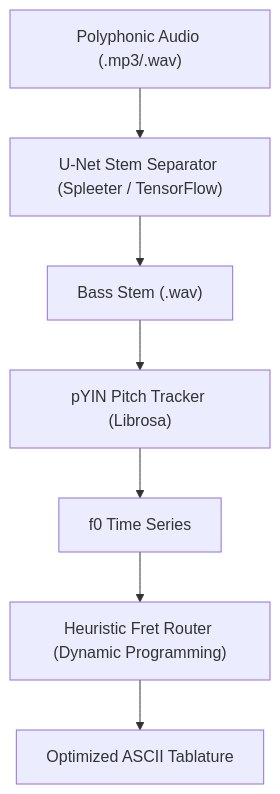
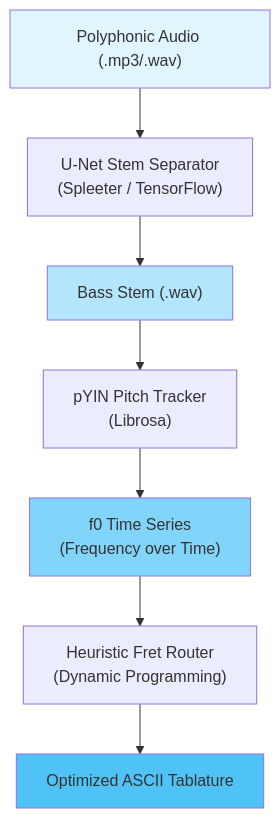
The diagram in README.md (blackmetalhans/punkito-tabs-oracle), drawn with Mermaid before and after one commit. The commit also changed other lines of this file, not shown here.

````diff
--- a/README.md
+++ b/README.md
@@ -15,9 +36,14 @@
 ```mermaid
 flowchart TD
-    A["Polyphonic Audio (.mp3/.wav)"] --> B["U-Net Stem Separator (Spleeter / TensorFlow)"]
+    A["Polyphonic Audio (.mp3/.wav)"] --> B["U-Net Stem Separator<br/>(Spleeter / TensorFlow)"]
     B --> C["Bass Stem (.wav)"]
-    C --> D["pYIN Pitch Tracker (Librosa)"]
-    D --> E["f0 Time Series"]
-    E --> F["Heuristic Fret Router (Dynamic Programming)"]
+    C --> D["pYIN Pitch Tracker<br/>(Librosa)"]
+    D --> E["f0 Time Series<br/>(Frequency over Time)"]
+    E --> F["Heuristic Fret Router<br/>(Dynamic Programming)"]
     F --> G["Optimized ASCII Tablature"]
+    
+    style A fill:#e1f5ff
+    style C fill:#b3e5fc
+    style E fill:#81d4fa
+    style G fill:#4fc3f7
 ```
````
